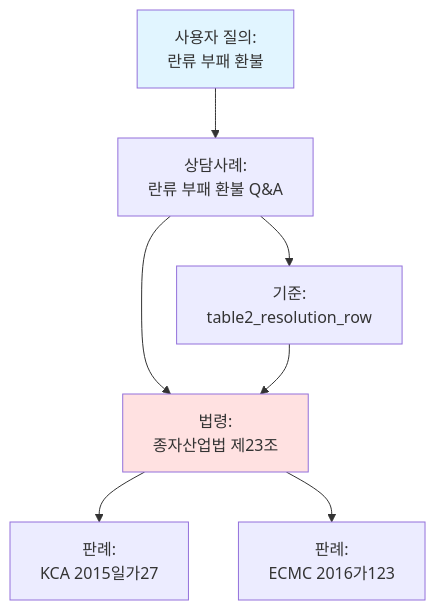
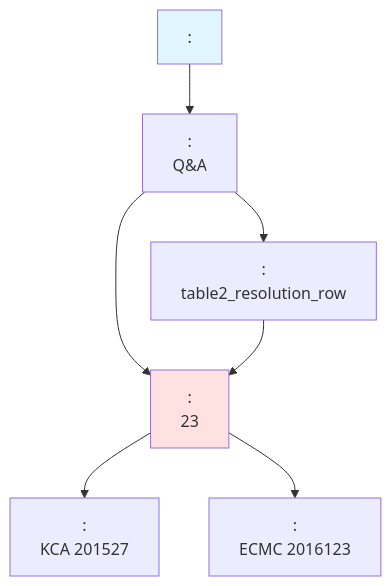
Before and after one commit to SKN19-FINAL-5team/LLM: the fourth of 6 diagrams in docs/backend/database/스키마_설계_근거.md, drawn with Mermaid. The commit also changed other lines of this file and 183 other files, not shown here.

````diff
--- a/docs/backend/database/스키마_설계_근거.md
+++ b/docs/backend/database/스키마_설계_근거.md
@@ -868,19 +868,19 @@
 ```mermaid
 graph TB
-    Q[사용자 질의:<br/>란류 부패 환불]
-    C1[상담사례:<br/>란류 부패 환불 Q&A]
-    L1[법령:<br/>종자산업법 제23조]
-    CR[기준:<br/>table2_resolution_row]
-    D1[판례:<br/>KCA 2015일가27]
-    D2[판례:<br/>ECMC 2016가123]
+    Q[ :<br/>  ]
+    C1[:<br/>   Q&A]
+    L1[:<br/> 23]
+    CR[:<br/>table2_resolution_row]
+    D1[:<br/>KCA 201527]
+    D2[:<br/>ECMC 2016123]
     
     Q --> C1
     C1 --> L1
     C1 --> CR
     CR --> L1
     L1 --> D1
     L1 --> D2
     
     style Q fill:#e1f5ff
     style L1 fill:#ffe1e1
 ```
````
